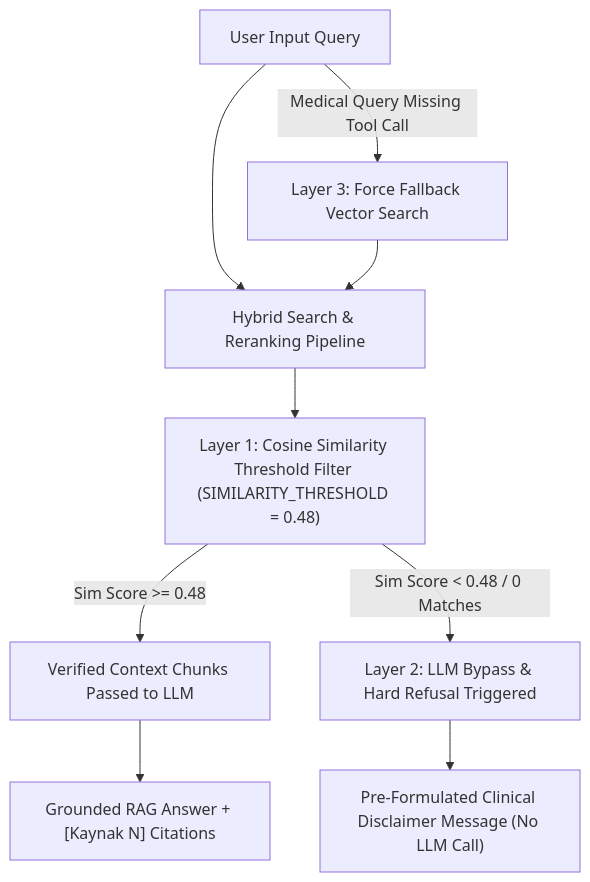
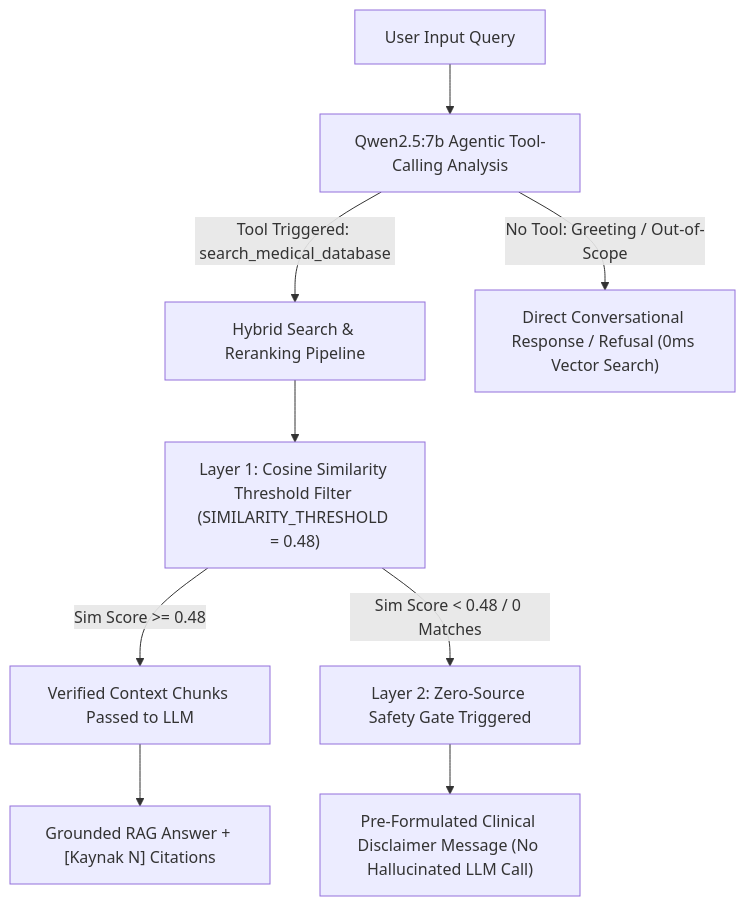
Before and after one commit to alifrknak/MedRAG: the second of 2 diagrams in README.md, drawn with Mermaid. The commit also changed other lines of this file and 1 other file, not shown here.

````diff
--- a/README.md
+++ b/README.md
@@ -170,11 +201,11 @@
 ```mermaid
 graph TD
-    A["User Input Query"] --> B["Hybrid Search & Reranking Pipeline"]
-    B --> C["Layer 1: Cosine Similarity Threshold Filter (SIMILARITY_THRESHOLD = 0.48)"]
-    C -->|Sim Score >= 0.48| D["Verified Context Chunks Passed to LLM"]
-    C -->|Sim Score < 0.48 / 0 Matches| E["Layer 2: LLM Bypass & Hard Refusal Triggered"]
-    D --> F["Grounded RAG Answer + [Kaynak N] Citations"]
-    E --> G["Pre-Formulated Clinical Disclaimer Message (No LLM Call)"]
-    A -->|Medical Query Missing Tool Call| H["Layer 3: Force Fallback Vector Search"]
-    H --> B
+    A["User Input Query"] --> B["Qwen2.5:7b Agentic Tool-Calling Analysis"]
+    B -->|Tool Triggered: search_medical_database| C["Hybrid Search & Reranking Pipeline"]
+    C --> D["Layer 1: Cosine Similarity Threshold Filter (SIMILARITY_THRESHOLD = 0.48)"]
+    D -->|Sim Score >= 0.48| E["Verified Context Chunks Passed to LLM"]
+    D -->|Sim Score < 0.48 / 0 Matches| F["Layer 2: Zero-Source Safety Gate Triggered"]
+    E --> G["Grounded RAG Answer + [Kaynak N] Citations"]
+    F --> H["Pre-Formulated Clinical Disclaimer Message (No Hallucinated LLM Call)"]
+    B -->|No Tool: Greeting / Out-of-Scope| I["Direct Conversational Response / Refusal (0ms Vector Search)"]
 ```
````
